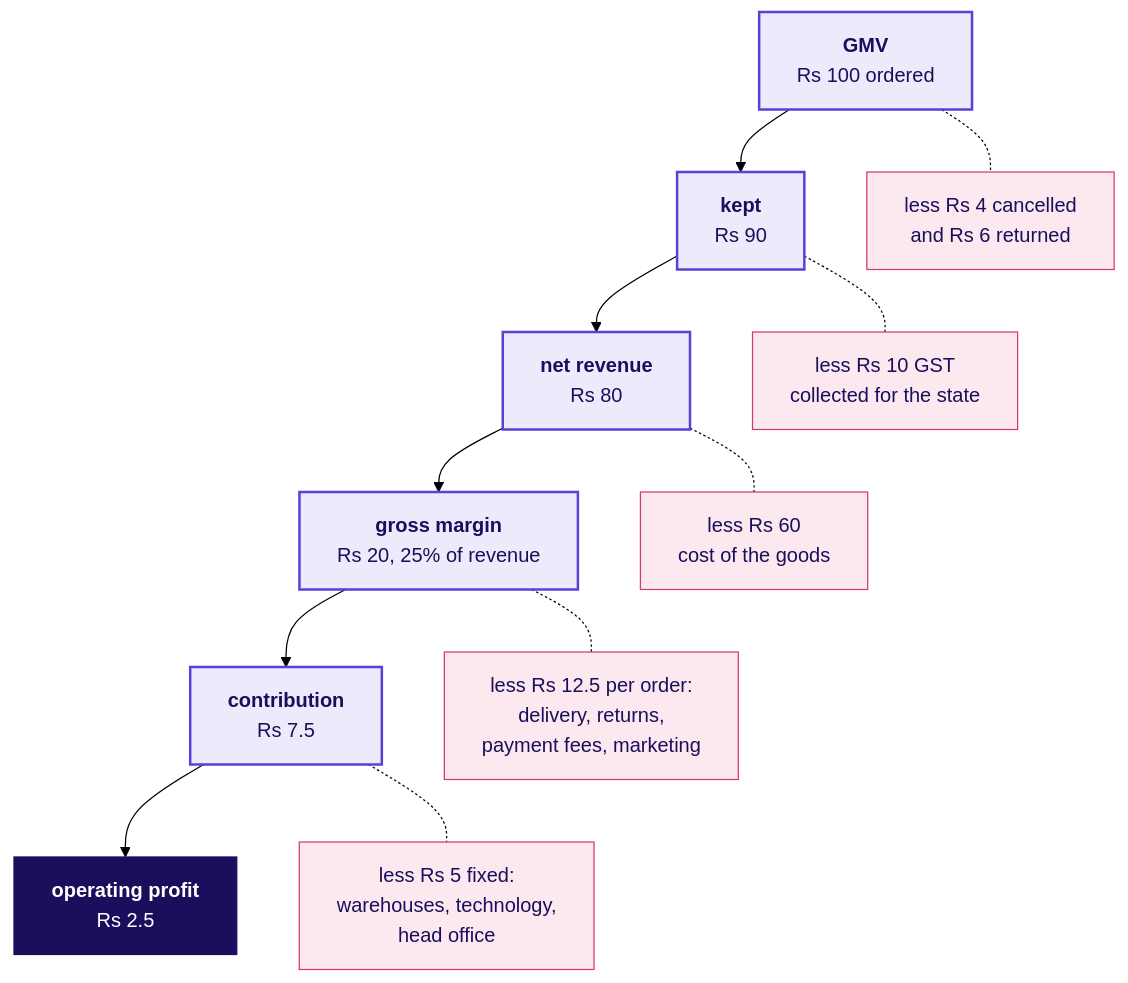
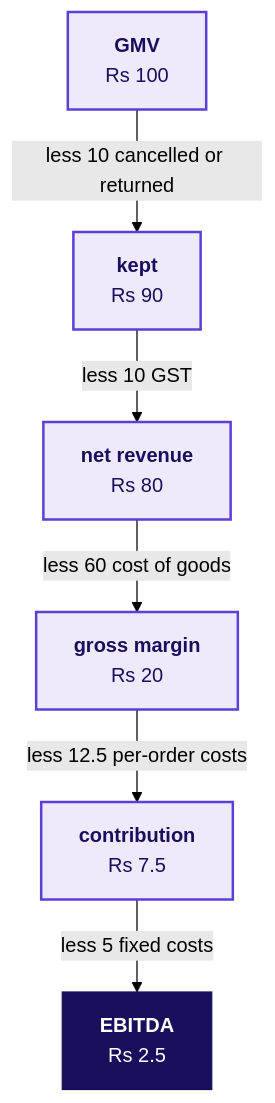
Before and after one commit to fde-academy-lab/c2-content-factory: the fourth of 7 diagrams in content/W01/D1/trainer/C2_W01_D01_domain_story_TRAINER.md, drawn with Mermaid (forest theme). The commit also changed other lines of this file, not shown here.

````diff
--- a/content/W01/D1/trainer/C2_W01_D01_domain_story_TRAINER.md
+++ b/content/W01/D1/trainer/C2_W01_D01_domain_story_TRAINER.md
@@ -105,19 +101,12 @@
 ```mermaid
 flowchart TB
-    G["<b>GMV</b><br/>Rs 100 ordered"] --> K["<b>kept</b><br/>Rs 90"]
-    G -.- X1["less Rs 4 cancelled<br/>and Rs 6 returned"]
-    K --> N["<b>net revenue</b><br/>Rs 80"]
-    K -.- X2["less Rs 10 GST<br/>collected for the state"]
-    N --> M["<b>gross margin</b><br/>Rs 20, 25% of revenue"]
-    N -.- X3["less Rs 60<br/>cost of the goods"]
-    M --> C["<b>contribution</b><br/>Rs 7.5"]
-    M -.- X4["less Rs 12.5 per order:<br/>delivery, returns,<br/>payment fees, marketing"]
-    C --> O["<b>operating profit</b><br/>Rs 2.5"]
-    C -.- X5["less Rs 5 fixed:<br/>warehouses, technology,<br/>head office"]
+    G["<b>GMV</b><br/>Rs 100"] -->|"less 10 cancelled or returned"| K["<b>kept</b><br/>Rs 90"]
+    K -->|"less 10 GST"| N["<b>net revenue</b><br/>Rs 80"]
+    N -->|"less 60 cost of goods"| M["<b>gross margin</b><br/>Rs 20"]
+    M -->|"less 12.5 per-order costs"| C["<b>contribution</b><br/>Rs 7.5"]
+    C -->|"less 5 fixed costs"| O["<b>EBITDA</b><br/>Rs 2.5"]
     classDef known fill:#EEEAFB,stroke:#5B3FD6,color:#1A0F5C,stroke-width:2px
-    classDef bad fill:#FBE9EF,stroke:#D63A6A,color:#1A0F5C
     classDef dark fill:#1A0F5C,stroke:#1A0F5C,color:#FFFFFF
     class G,K,N,M,C known
-    class X1,X2,X3,X4,X5 bad
     class O dark
 ```
````
